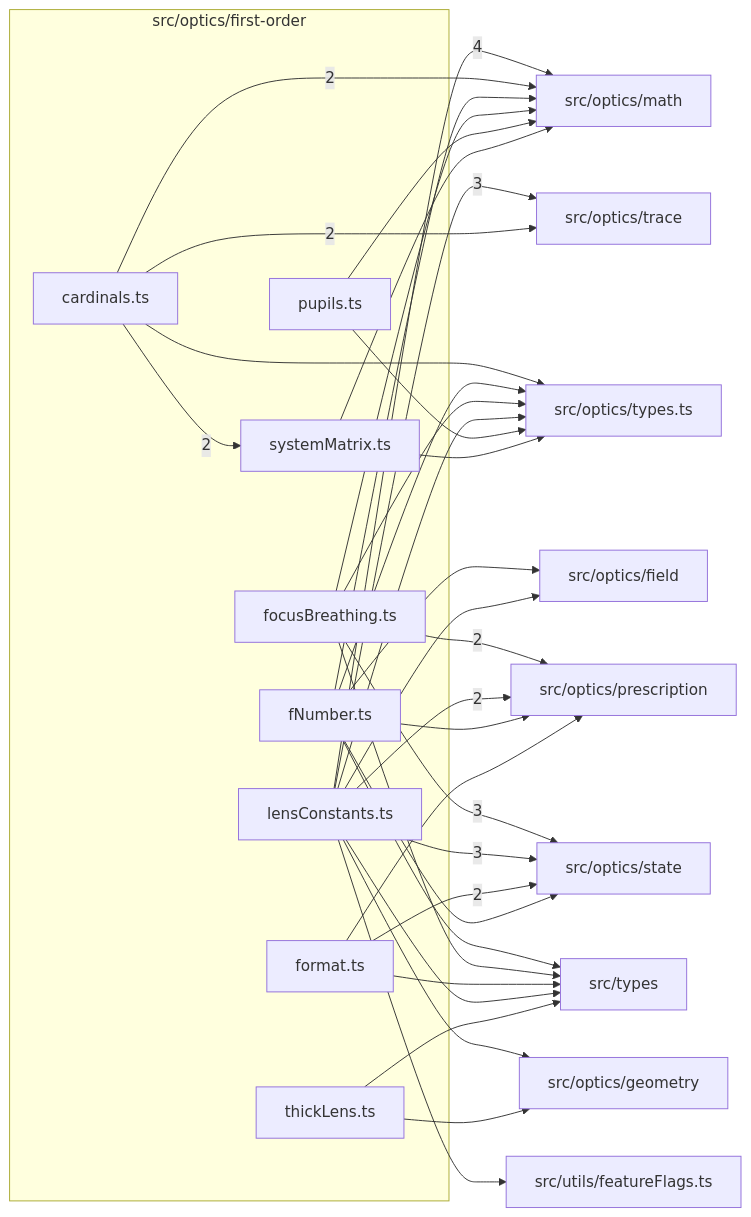
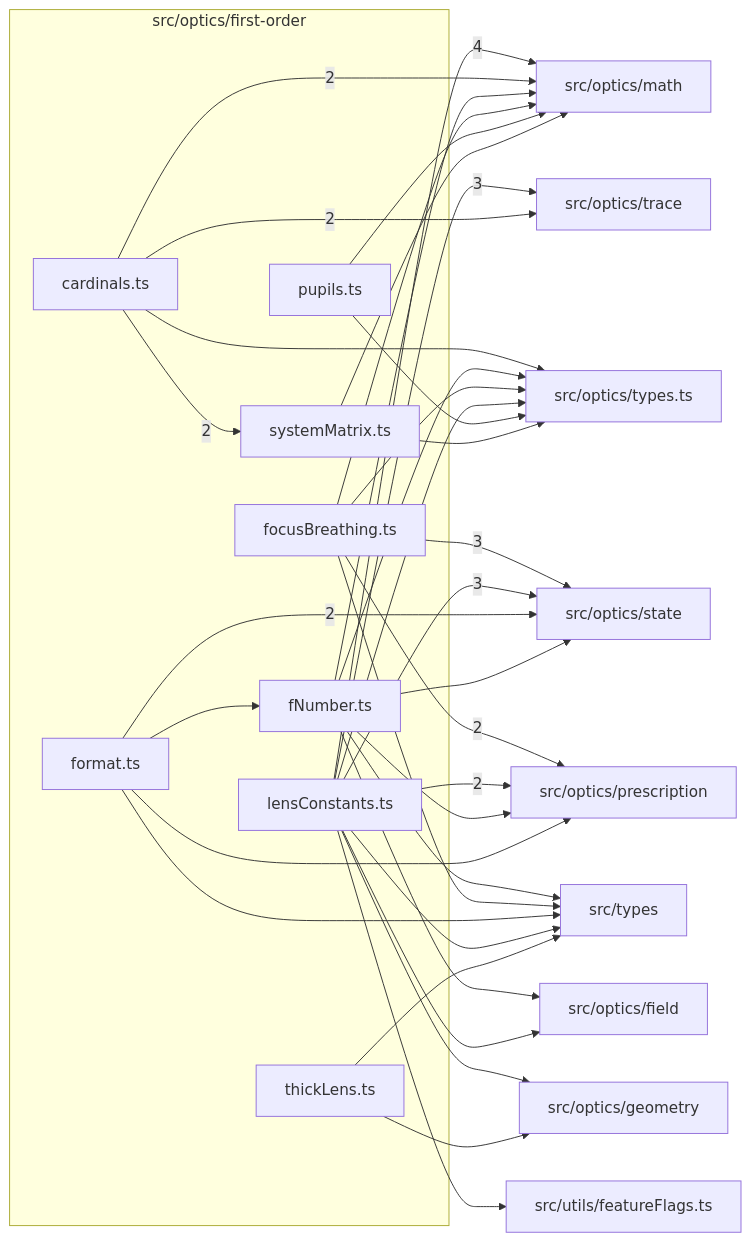
The diagram in src/optics/first-order/readme.md (ronbuening/LensVisualizer), drawn with Mermaid before and after one commit. The commit also changed other lines of this file and 51 other files, not shown here.

````diff
--- a/src/optics/first-order/readme.md
+++ b/src/optics/first-order/readme.md
@@ -9,55 +9,56 @@
 ```mermaid
 flowchart LR
   subgraph n_src_optics_first_order["src/optics/first-order"]
     n_src_optics_first_order_src_optics_first_order_cardinals_ts["cardinals.ts"]
     n_src_optics_first_order_src_optics_first_order_fNumber_ts["fNumber.ts"]
     n_src_optics_first_order_src_optics_first_order_focusBreathing_ts["focusBreathing.ts"]
     n_src_optics_first_order_src_optics_first_order_format_ts["format.ts"]
     n_src_optics_first_order_src_optics_first_order_lensConstants_ts["lensConstants.ts"]
     n_src_optics_first_order_src_optics_first_order_pupils_ts["pupils.ts"]
     n_src_optics_first_order_src_optics_first_order_systemMatrix_ts["systemMatrix.ts"]
     n_src_optics_first_order_src_optics_first_order_thickLens_ts["thickLens.ts"]
   end
   n_external_src_optics_math["src/optics/math"]
   n_external_src_optics_state["src/optics/state"]
   n_external_src_optics_trace["src/optics/trace"]
   n_external_src_optics_prescription["src/optics/prescription"]
   n_external_src_optics_field["src/optics/field"]
   n_external_src_optics_geometry["src/optics/geometry"]
   n_external_src_optics_types_ts["src/optics/types.ts"]
   n_external_src_types["src/types"]
   n_external_src_utils_featureFlags_ts["src/utils/featureFlags.ts"]
   n_src_optics_first_order_src_optics_first_order_lensConstants_ts --> |4| n_external_src_optics_math
   n_src_optics_first_order_src_optics_first_order_focusBreathing_ts --> |3| n_external_src_optics_state
   n_src_optics_first_order_src_optics_first_order_lensConstants_ts --> |3| n_external_src_optics_state
   n_src_optics_first_order_src_optics_first_order_lensConstants_ts --> |3| n_external_src_optics_trace
   n_src_optics_first_order_src_optics_first_order_cardinals_ts --> |2| n_external_src_optics_math
   n_src_optics_first_order_src_optics_first_order_focusBreathing_ts --> |2| n_external_src_optics_prescription
   n_src_optics_first_order_src_optics_first_order_lensConstants_ts --> |2| n_external_src_optics_prescription
   n_src_optics_first_order_src_optics_first_order_format_ts --> |2| n_external_src_optics_state
   n_src_optics_first_order_src_optics_first_order_cardinals_ts --> |2| n_external_src_optics_trace
   n_src_optics_first_order_src_optics_first_order_cardinals_ts --> |2| n_src_optics_first_order_src_optics_first_order_systemMatrix_ts
   n_src_optics_first_order_src_optics_first_order_fNumber_ts --> n_external_src_optics_field
   n_src_optics_first_order_src_optics_first_order_lensConstants_ts --> n_external_src_optics_field
   n_src_optics_first_order_src_optics_first_order_lensConstants_ts --> n_external_src_optics_geometry
   n_src_optics_first_order_src_optics_first_order_thickLens_ts --> n_external_src_optics_geometry
   n_src_optics_first_order_src_optics_first_order_fNumber_ts --> n_external_src_optics_math
   n_src_optics_first_order_src_optics_first_order_focusBreathing_ts --> n_external_src_optics_math
   n_src_optics_first_order_src_optics_first_order_pupils_ts --> n_external_src_optics_math
   n_src_optics_first_order_src_optics_first_order_systemMatrix_ts --> n_external_src_optics_math
   n_src_optics_first_order_src_optics_first_order_fNumber_ts --> n_external_src_optics_prescription
   n_src_optics_first_order_src_optics_first_order_format_ts --> n_external_src_optics_prescription
   n_src_optics_first_order_src_optics_first_order_fNumber_ts --> n_external_src_optics_state
   n_src_optics_first_order_src_optics_first_order_cardinals_ts --> n_external_src_optics_types_ts
   n_src_optics_first_order_src_optics_first_order_fNumber_ts --> n_external_src_optics_types_ts
   n_src_optics_first_order_src_optics_first_order_focusBreathing_ts --> n_external_src_optics_types_ts
   n_src_optics_first_order_src_optics_first_order_lensConstants_ts --> n_external_src_optics_types_ts
   n_src_optics_first_order_src_optics_first_order_pupils_ts --> n_external_src_optics_types_ts
   n_src_optics_first_order_src_optics_first_order_systemMatrix_ts --> n_external_src_optics_types_ts
   n_src_optics_first_order_src_optics_first_order_fNumber_ts --> n_external_src_types
   n_src_optics_first_order_src_optics_first_order_focusBreathing_ts --> n_external_src_types
   n_src_optics_first_order_src_optics_first_order_format_ts --> n_external_src_types
   n_src_optics_first_order_src_optics_first_order_lensConstants_ts --> n_external_src_types
   n_src_optics_first_order_src_optics_first_order_thickLens_ts --> n_external_src_types
   n_src_optics_first_order_src_optics_first_order_lensConstants_ts --> n_external_src_utils_featureFlags_ts
+  n_src_optics_first_order_src_optics_first_order_format_ts --> n_src_optics_first_order_src_optics_first_order_fNumber_ts
 ```
````
